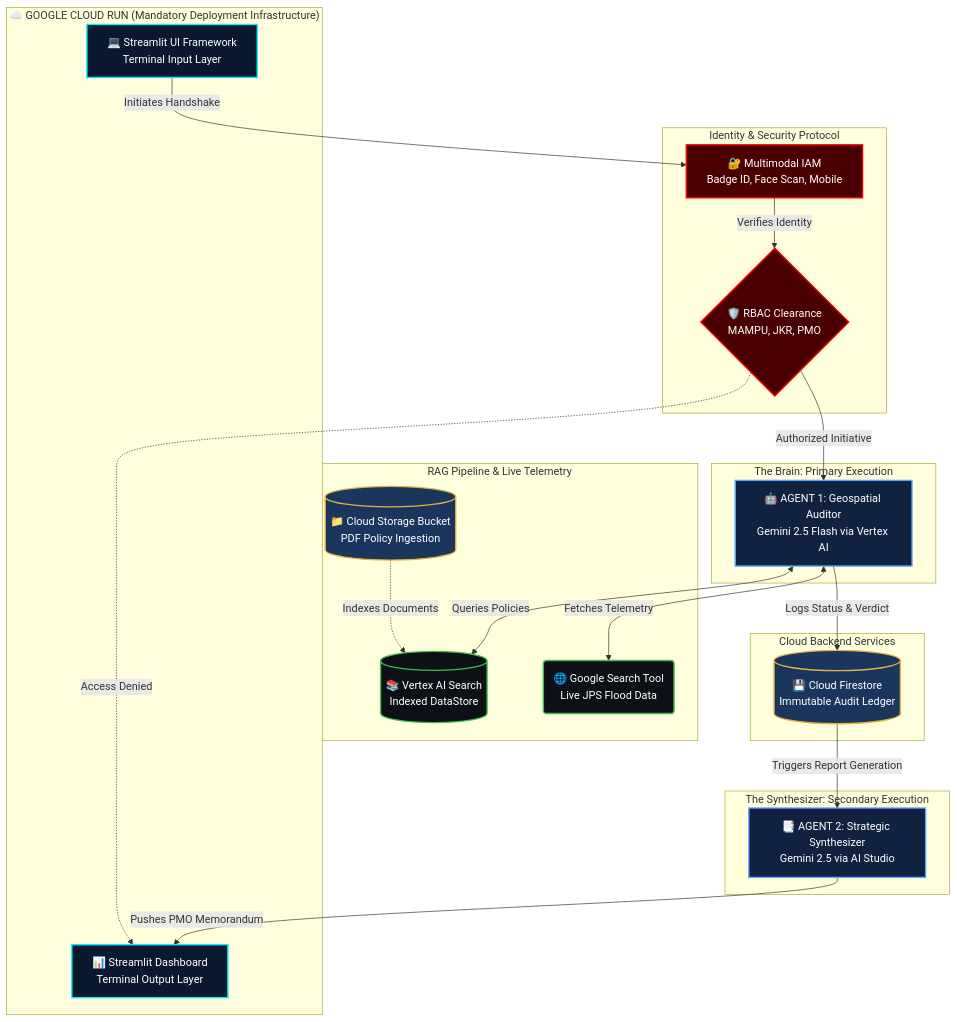
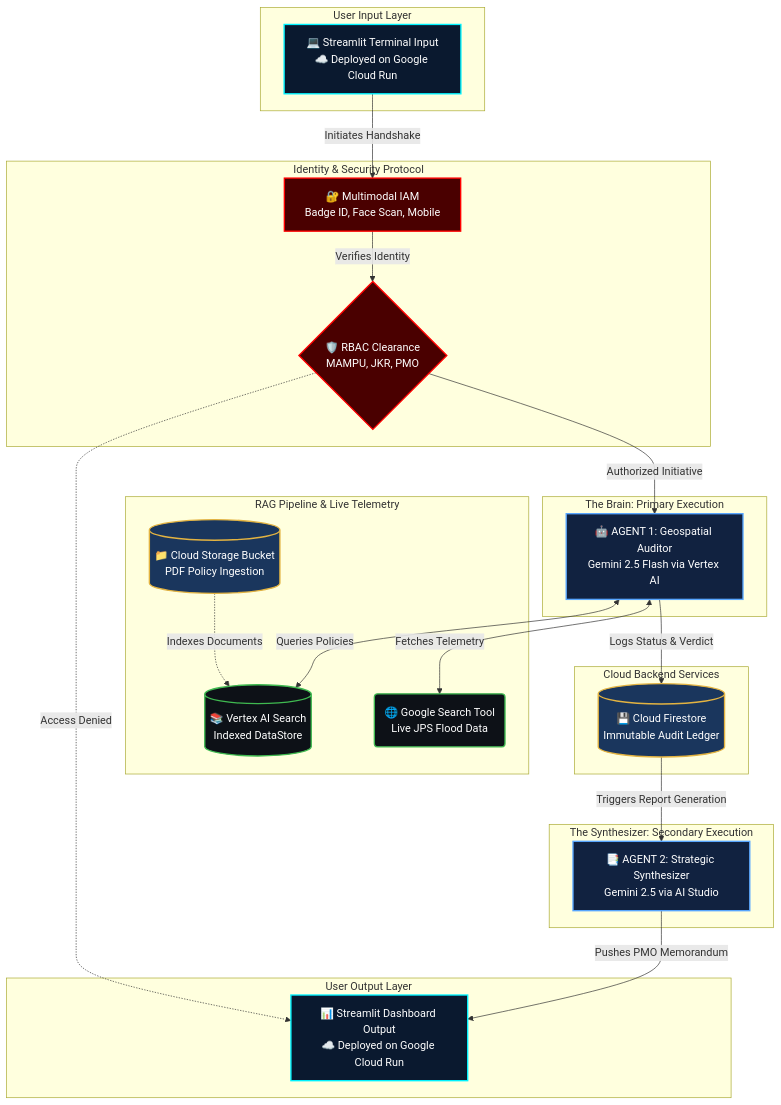
One commit to Jxxy123/MyBENTENG changed the diagram in README.md. Above: the diagram before and after it, drawn with Mermaid.

````diff
--- a/README.md
+++ b/README.md
@@ -21,52 +21,55 @@
 ```mermaid
 graph TD
     %% Custom GovTech Aesthetic Colors
     classDef frontend fill:#0a192f,stroke:#00f3ff,stroke-width:2px,color:#fff
     classDef security fill:#4a0000,stroke:#ff0000,stroke-width:2px,color:#fff
     classDef agent fill:#112240,stroke:#58a6ff,stroke-width:2px,color:#fff
     classDef tool fill:#0d1117,stroke:#3fb950,stroke-width:2px,color:#fff
     classDef db fill:#1a365d,stroke:#e3b341,stroke-width:2px,color:#fff
 
-    subgraph CloudRun ["☁️ GOOGLE CLOUD RUN (Mandatory Deployment Infrastructure)"]
-        UI_In[💻 Streamlit UI Framework<br/>Terminal Input Layer]:::frontend
-        UI_Out[📊 Streamlit Dashboard<br/>Terminal Output Layer]:::frontend
+    subgraph EntryLayer ["User Input Layer"]
+        UI_In[💻 Streamlit Terminal Input<br/>☁️ Deployed on Google Cloud Run]:::frontend
     end
 
     subgraph SecurityLayer ["Identity & Security Protocol"]
         IAM[🔐 Multimodal IAM<br/>Badge ID, Face Scan, Mobile]:::security
         RBAC{🛡️ RBAC Clearance<br/>MAMPU, JKR, PMO}:::security
     end
 
     subgraph PrimaryAgent ["The Brain: Primary Execution"]
         Auditor[🤖 AGENT 1: Geospatial Auditor<br/>Gemini 2.5 Flash via Vertex AI]:::agent
     end
 
     subgraph DataPipeline ["RAG Pipeline & Live Telemetry"]
         Bucket[(📁 Cloud Storage Bucket<br/>PDF Policy Ingestion)]:::db
         RAG[(📚 Vertex AI Search<br/>Indexed DataStore)]:::tool
         Search(🌐 Google Search Tool<br/>Live JPS Flood Data):::tool
         
         Bucket -. "Indexes Documents" .-> RAG
     end
 
     subgraph DatabaseLayer ["Cloud Backend Services"]
         DB[(💾 Cloud Firestore<br/>Immutable Audit Ledger)]:::db
     end
 
     subgraph SecondaryAgent ["The Synthesizer: Secondary Execution"]
         Report[📑 AGENT 2: Strategic Synthesizer<br/>Gemini 2.5 via AI Studio]:::agent
     end
 
+    subgraph ExitLayer ["User Output Layer"]
+        UI_Out[📊 Streamlit Dashboard Output<br/>☁️ Deployed on Google Cloud Run]:::frontend
+    end
+
     %% Workflow Connections
     UI_In -->|Initiates Handshake| IAM
     IAM -->|Verifies Identity| RBAC
     RBAC -- "Authorized Initiative" --> Auditor
     RBAC -. "Access Denied" .-> UI_Out
     
     Auditor <-->|Queries Policies| RAG
     Auditor <-->|Fetches Telemetry| Search
     Auditor -->|Logs Status & Verdict| DB
     
     DB -- "Triggers Report Generation" --> Report
     Report -- "Pushes PMO Memorandum" --> UI_Out
 ```
````
